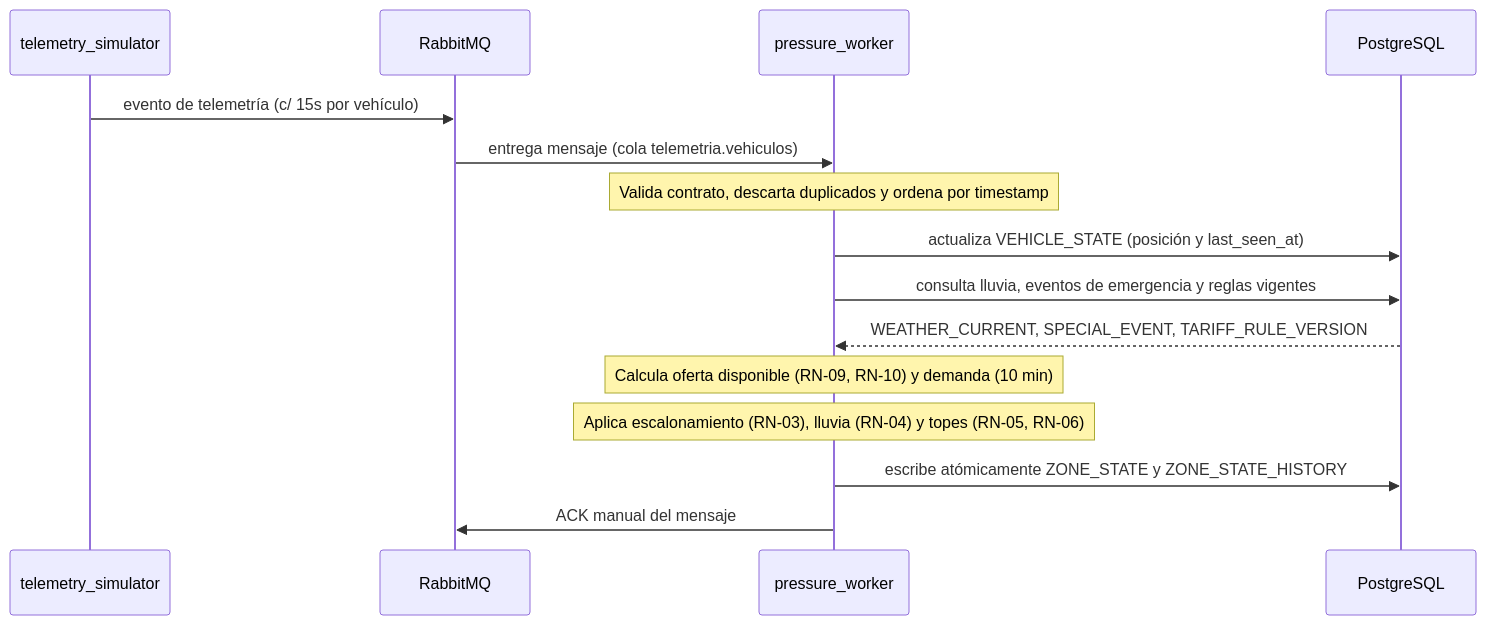
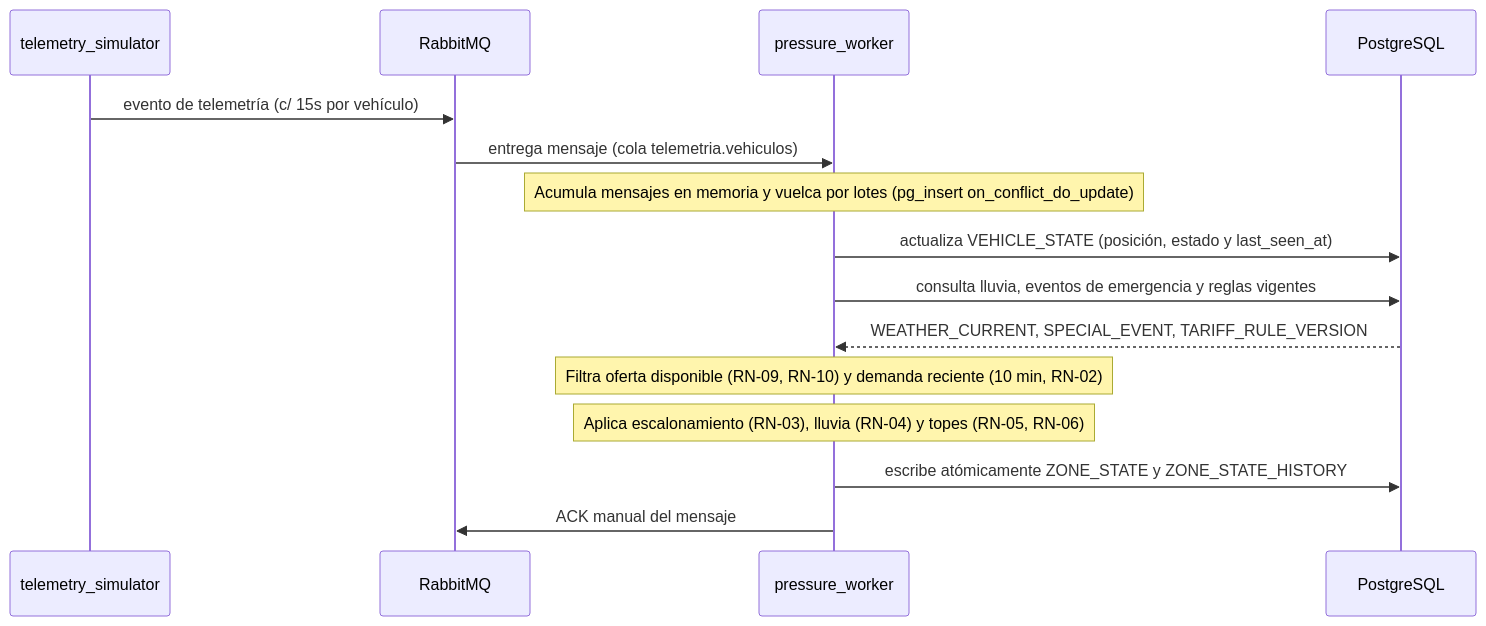
One commit to RutaViva/RutaViva-Documentation changed the diagram in docusaurus/docs/modulos/pressure-worker.md. Above: the diagram before and after it, drawn with Mermaid. The commit also changed other lines of this file and 4 other files, not shown here.

````diff
--- a/docusaurus/docs/modulos/pressure-worker.md
+++ b/docusaurus/docs/modulos/pressure-worker.md
@@ -15,17 +15,17 @@
 ```mermaid
 sequenceDiagram
   participant SIM as telemetry_simulator
   participant MQ as RabbitMQ
   participant WK as pressure_worker
   participant PG as PostgreSQL
   SIM->>MQ: evento de telemetría (c/ 15s por vehículo)
   MQ->>WK: entrega mensaje (cola telemetria.vehiculos)
-  Note over WK: Valida contrato, descarta duplicados y ordena por timestamp
-  WK->>PG: actualiza VEHICLE_STATE (posición y last_seen_at)
+  Note over WK: Acumula mensajes en memoria y vuelca por lotes (pg_insert on_conflict_do_update)
+  WK->>PG: actualiza VEHICLE_STATE (posición, estado y last_seen_at)
   WK->>PG: consulta lluvia, eventos de emergencia y reglas vigentes
   PG-->>WK: WEATHER_CURRENT, SPECIAL_EVENT, TARIFF_RULE_VERSION
-  Note over WK: Calcula oferta disponible (RN-09, RN-10) y demanda (10 min)
+  Note over WK: Filtra oferta disponible (RN-09, RN-10) y demanda reciente (10 min, RN-02)
   Note over WK: Aplica escalonamiento (RN-03), lluvia (RN-04) y topes (RN-05, RN-06)
   WK->>PG: escribe atómicamente ZONE_STATE y ZONE_STATE_HISTORY
   WK->>MQ: ACK manual del mensaje
 ```
````
